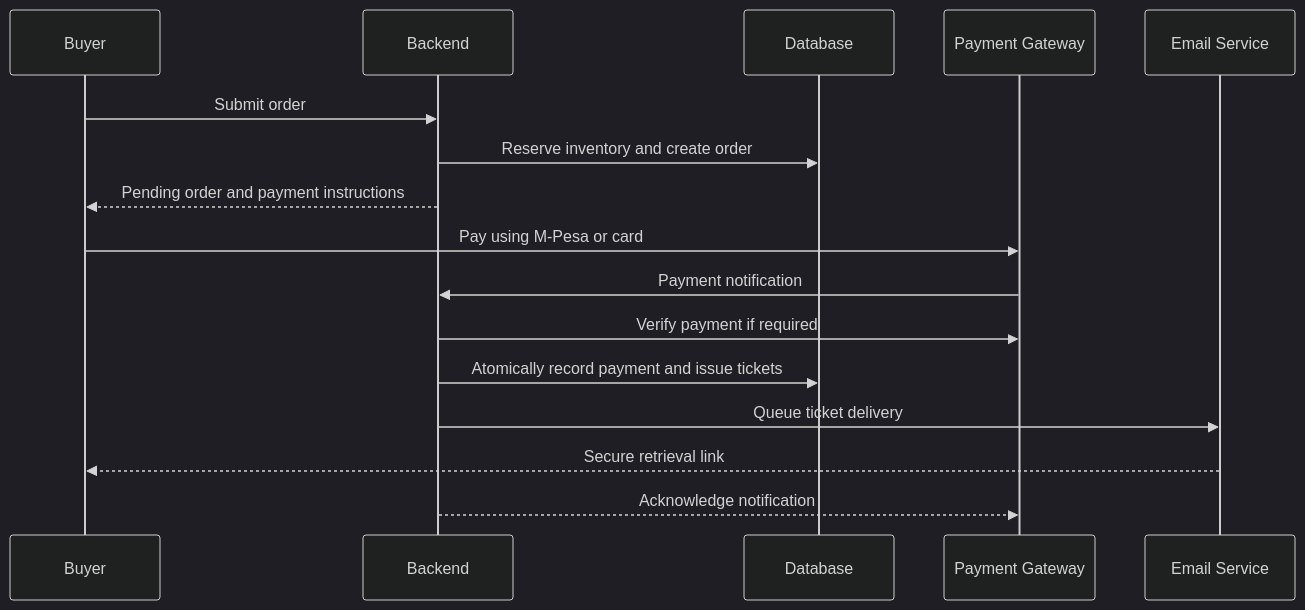
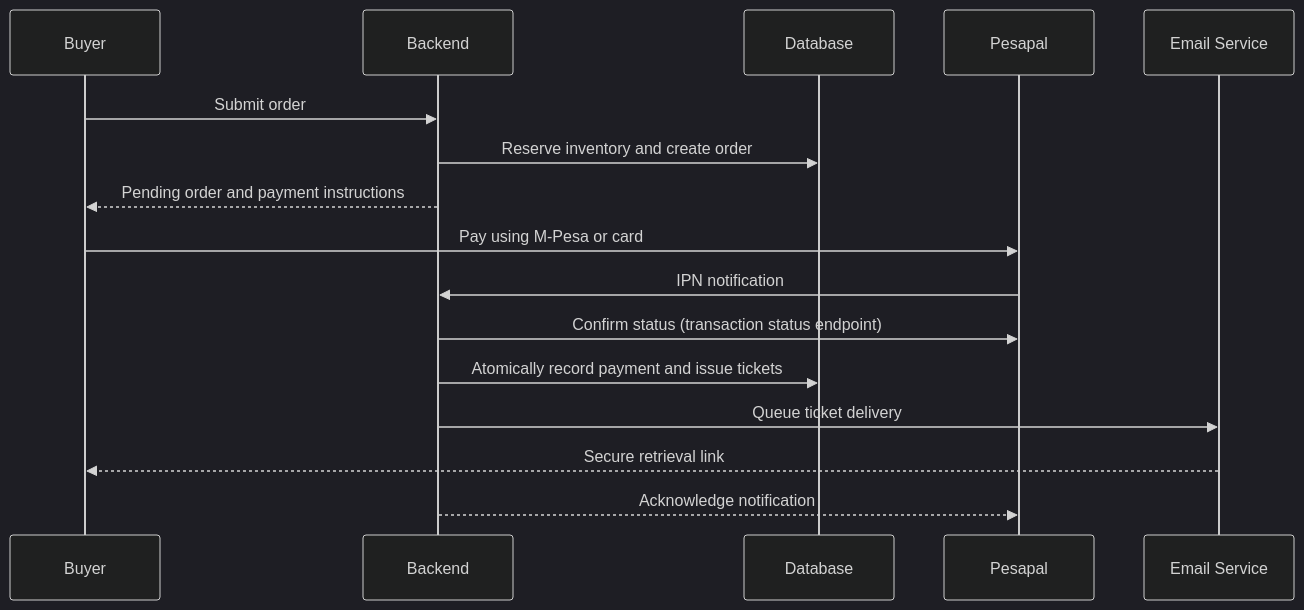
One commit to kreativesahara/ticket changed the seventh of 7 diagrams in v1.md. Above: the diagram before and after it, drawn with Mermaid (dark theme). The commit also changed other lines of this file and 7 other files, not shown here.

Commit message:
refactor: update architecture and prompt specs for single Next.js frontend repository structure

````diff
--- a/v1.md
+++ b/v1.md
@@ -512,19 +565,19 @@
 ```mermaid
 sequenceDiagram
     participant Buyer
     participant Backend
     participant Database
-    participant Gateway as Payment Gateway
+    participant Gateway as Pesapal
     participant Email as Email Service
 
     Buyer->>Backend: Submit order
     Backend->>Database: Reserve inventory and create order
     Backend-->>Buyer: Pending order and payment instructions
     Buyer->>Gateway: Pay using M-Pesa or card
-    Gateway->>Backend: Payment notification
-    Backend->>Gateway: Verify payment if required
+    Gateway->>Backend: IPN notification
+    Backend->>Gateway: Confirm status (transaction status endpoint)
     Backend->>Database: Atomically record payment and issue tickets
     Backend->>Email: Queue ticket delivery
     Email-->>Buyer: Secure retrieval link
     Backend-->>Gateway: Acknowledge notification
 ```
````
